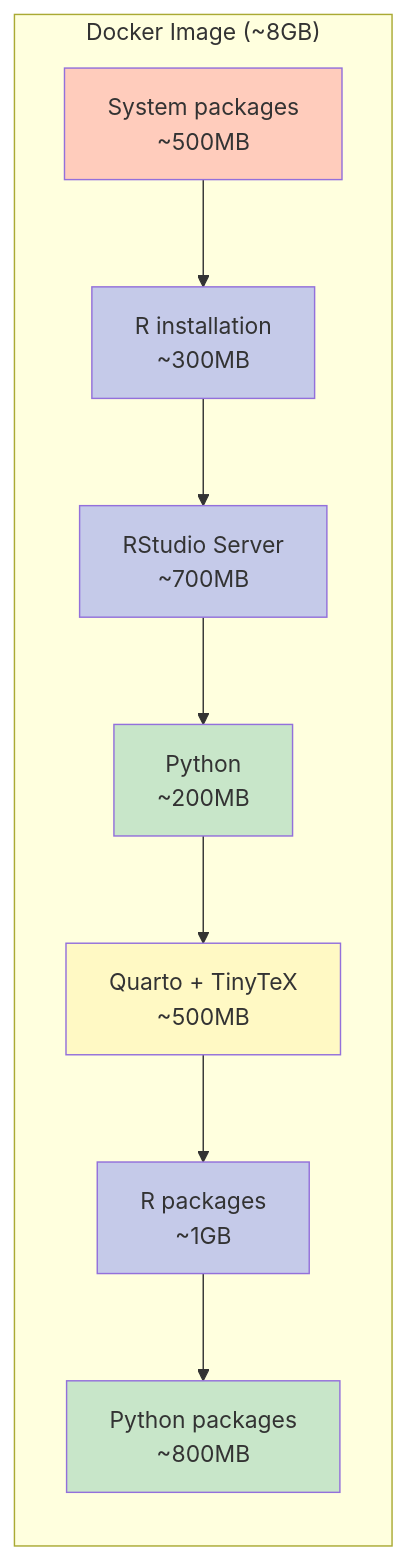
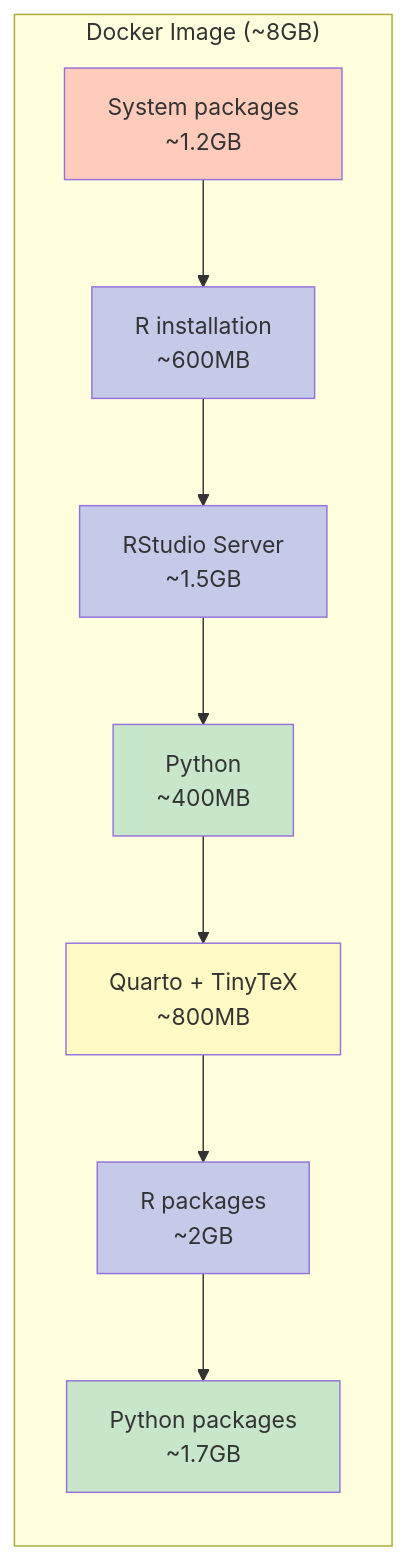
Before and after one commit to shawntz/datasci-homelab: the second of 15 diagrams in docs/architecture.md, drawn with Mermaid.

````diff
--- a/docs/architecture.md
+++ b/docs/architecture.md
@@ -47,23 +47,23 @@
 ```mermaid
 flowchart LR
     subgraph Image["Docker Image (~8GB)"]
         direction TB
-        L1["System packages<br>~500MB"]
-        L2["R installation<br>~300MB"]
-        L3["RStudio Server<br>~700MB"]
-        L4["Python<br>~200MB"]
-        L5["Quarto + TinyTeX<br>~500MB"]
-        L6["R packages<br>~1GB"]
-        L7["Python packages<br>~800MB"]
+        L1["System packages<br>~1.2GB"]
+        L2["R installation<br>~600MB"]
+        L3["RStudio Server<br>~1.5GB"]
+        L4["Python<br>~400MB"]
+        L5["Quarto + TinyTeX<br>~800MB"]
+        L6["R packages<br>~2GB"]
+        L7["Python packages<br>~1.7GB"]
 
         L1 --> L2 --> L3 --> L4 --> L5 --> L6 --> L7
     end
 
     style L1 fill:#ffccbc
     style L2 fill:#c5cae9
     style L3 fill:#c5cae9
     style L4 fill:#c8e6c9
     style L5 fill:#fff9c4
     style L6 fill:#c5cae9
     style L7 fill:#c8e6c9
 ```
````
